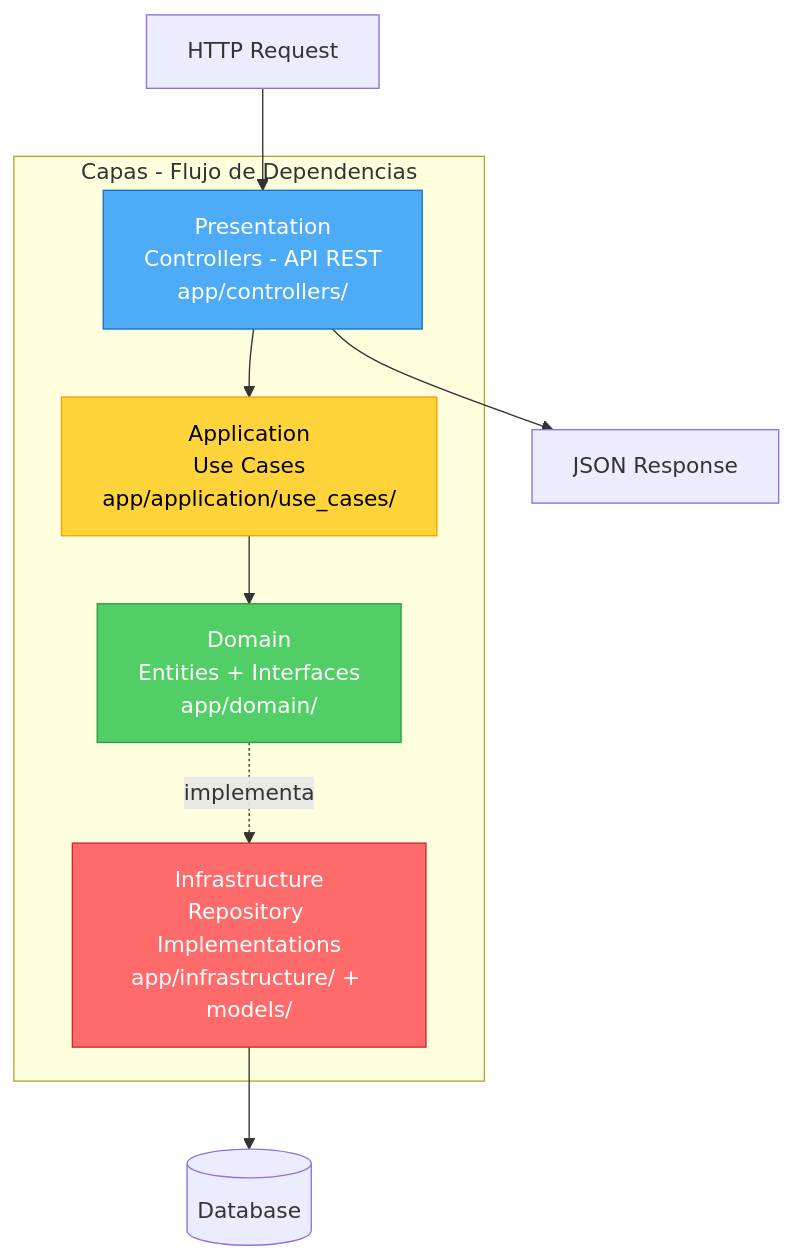
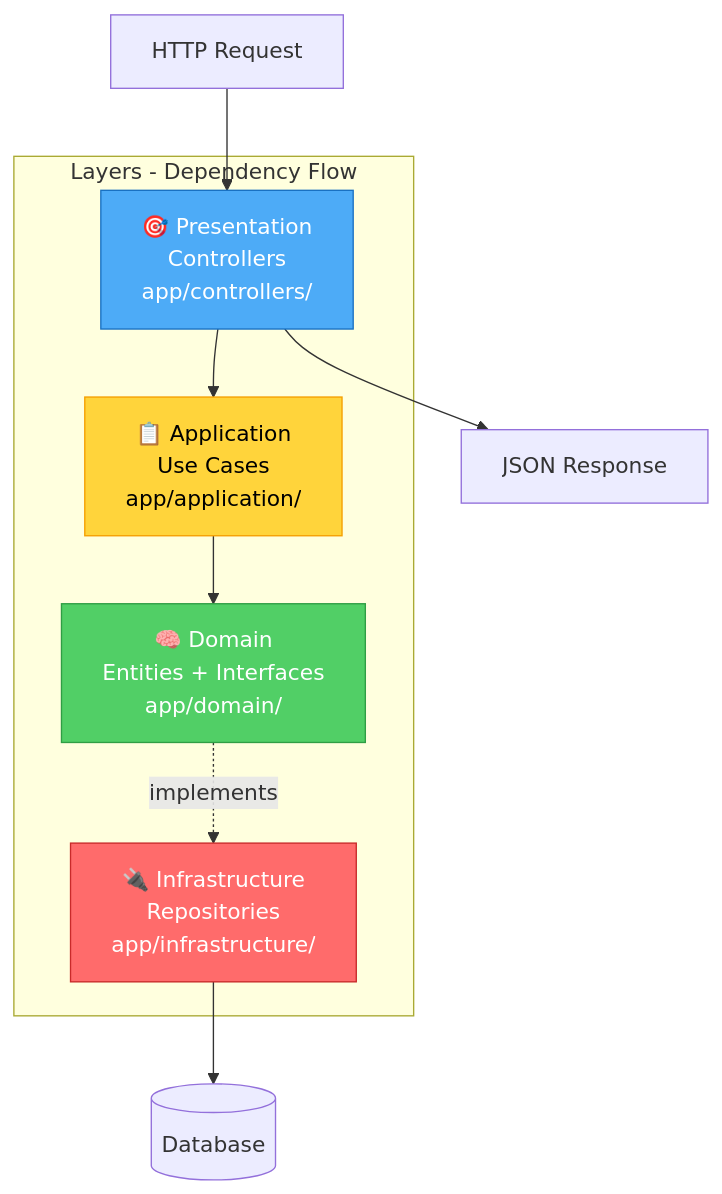
One commit to Asimpl3-Hero/RubyDoubleV changed the second of 3 diagrams in docs/ARQUITECTURA.md. Above: the diagram before and after it, drawn with Mermaid. The commit also changed other lines of this file and 2 other files, not shown here.

````diff
--- a/docs/ARQUITECTURA.md
+++ b/docs/ARQUITECTURA.md
@@ -44,21 +174,21 @@
 ```mermaid
 graph TD
-    subgraph "Capas - Flujo de Dependencias"
-        PL[Presentation<br/>Controllers - API REST<br/>app/controllers/]
-        AL[Application<br/>Use Cases<br/>app/application/use_cases/]
-        DL[Domain<br/>Entities + Interfaces<br/>app/domain/]
-        IL[Infrastructure<br/>Repository Implementations<br/>app/infrastructure/ + models/]
+    subgraph "Layers - Dependency Flow"
+        PL[🎯 Presentation<br/>Controllers<br/>app/controllers/]
+        AL[📋 Application<br/>Use Cases<br/>app/application/]
+        DL[🧠 Domain<br/>Entities + Interfaces<br/>app/domain/]
+        IL[🔌 Infrastructure<br/>Repositories<br/>app/infrastructure/]
     end
 
     Request[HTTP Request] --> PL
     PL --> AL
     AL --> DL
-    DL -.->|implementa| IL
+    DL -.->|implements| IL
     IL --> DB[(Database)]
     PL --> Response[JSON Response]
 
     style PL fill:#4dabf7,stroke:#1971c2,color:#fff
     style AL fill:#ffd43b,stroke:#f59f00,color:#000
     style DL fill:#51cf66,stroke:#2f9e44,color:#fff
     style IL fill:#ff6b6b,stroke:#c92a2a,color:#fff
 ```
````
